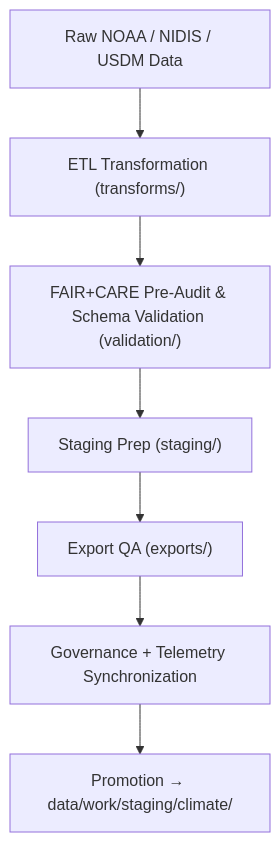
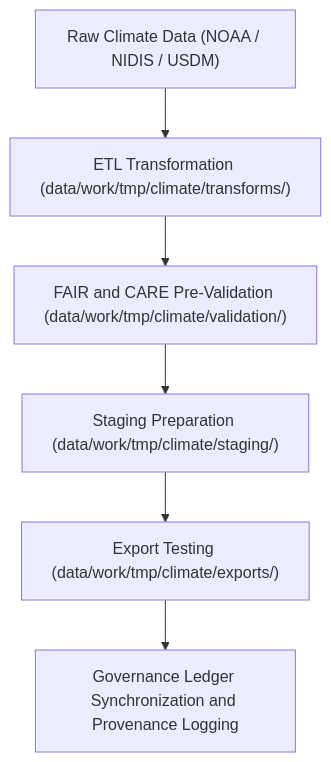
One commit to bartytime4life/Kansas-Frontier-Matrix changed the diagram in data/work/tmp/climate/README.md. Above: the diagram before and after it, drawn with Mermaid. The commit also changed other lines of this file, not shown here.

````diff
--- a/data/work/tmp/climate/README.md
+++ b/data/work/tmp/climate/README.md
@@ -92,9 +84,8 @@
 ```mermaid
 flowchart TD
-    A["Raw NOAA / NIDIS / USDM Data"] --> B["ETL Transformation (transforms/)"]
-    B --> C["FAIR+CARE Pre-Audit & Schema Validation (validation/)"]
-    C --> D["Staging Prep (staging/)"]
-    D --> E["Export QA (exports/)"]
-    E --> F["Governance + Telemetry Synchronization"]
-    F --> G["Promotion → data/work/staging/climate/"]
+    A["Raw Climate Data (NOAA / NIDIS / USDM)"] --> B["ETL Transformation (data/work/tmp/climate/transforms/)"]
+    B --> C["FAIR and CARE Pre-Validation (data/work/tmp/climate/validation/)"]
+    C --> D["Staging Preparation (data/work/tmp/climate/staging/)"]
+    D --> E["Export Testing (data/work/tmp/climate/exports/)"]
+    E --> F["Governance Ledger Synchronization and Provenance Logging"]
 ```
````
